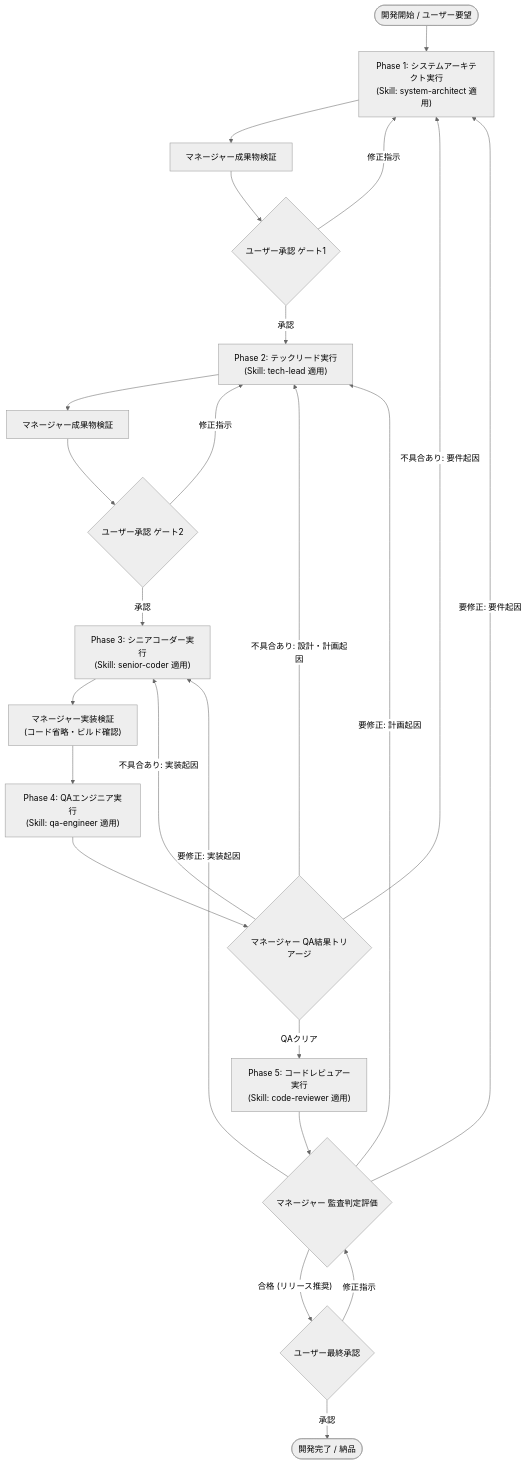
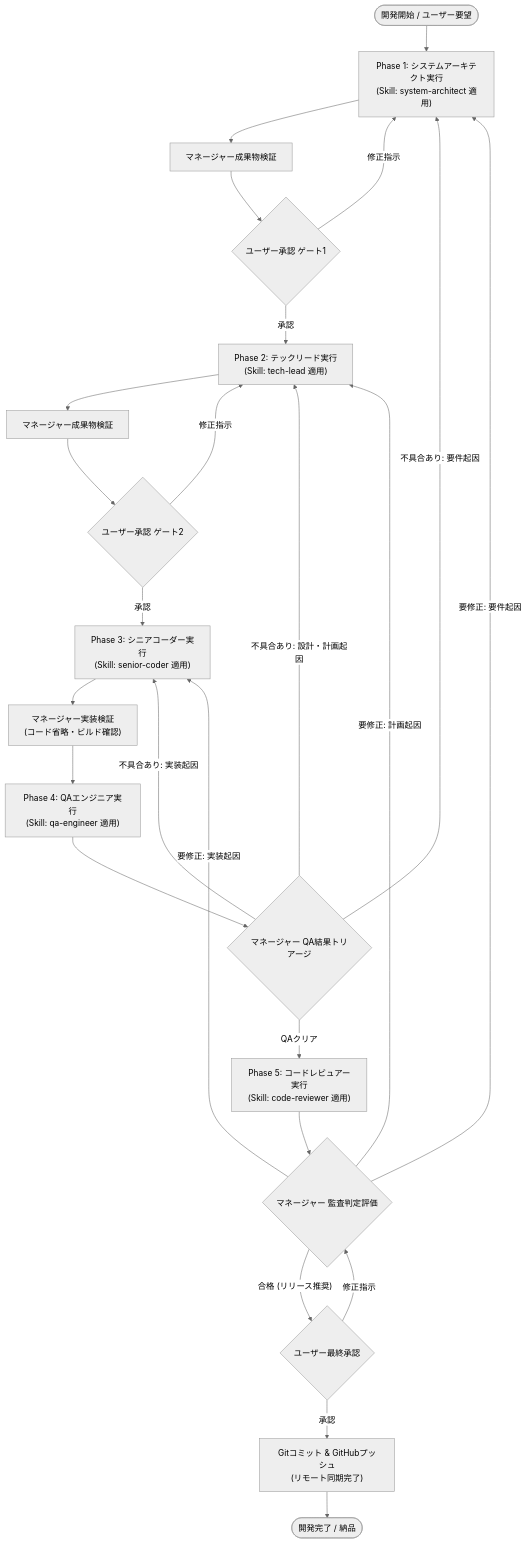
Before and after one commit to nankojin-ops/MusicInfo-app: the diagram in AGENT_WORKFLOW.md, drawn with Mermaid (neutral theme). The commit also changed other lines of this file, not shown here.

````diff
--- a/AGENT_WORKFLOW.md
+++ b/AGENT_WORKFLOW.md
@@ -23,31 +23,32 @@
 ```mermaid
 flowchart TD
     Start([開発開始 / ユーザー要望]) --> Step1["Phase 1: システムアーキテクト実行\n(Skill: system-architect 適用)"]
     Step1 --> MgrCheck1["マネージャー成果物検証"]
     MgrCheck1 --> Gate1{"ユーザー承認 ゲート1"}
     Gate1 -- "修正指示" --> Step1
     Gate1 -- "承認" --> Step2["Phase 2: テックリード実行\n(Skill: tech-lead 適用)"]
 
     Step2 --> MgrCheck2["マネージャー成果物検証"]
     MgrCheck2 --> Gate2{"ユーザー承認 ゲート2"}
     Gate2 -- "修正指示" --> Step2
     Gate2 -- "承認" --> Step3["Phase 3: シニアコーダー実行\n(Skill: senior-coder 適用)"]
 
     Step3 --> MgrCheck3["マネージャー実装検証\n(コード省略・ビルド確認)"]
     MgrCheck3 --> Step4["Phase 4: QAエンジニア実行\n(Skill: qa-engineer 適用)"]
 
     Step4 --> MgrTriageQA{"マネージャー QA結果トリアージ"}
     MgrTriageQA -- "不具合あり: 実装起因" --> Step3
     MgrTriageQA -- "不具合あり: 設計・計画起因" --> Step2
     MgrTriageQA -- "不具合あり: 要件起因" --> Step1
     MgrTriageQA -- "QAクリア" --> Step5["Phase 5: コードレビュアー実行\n(Skill: code-reviewer 適用)"]
 
     Step5 --> MgrTriageAudit{"マネージャー 監査判定評価"}
     MgrTriageAudit -- "要修正: 要件起因" --> Step1
     MgrTriageAudit -- "要修正: 計画起因" --> Step2
     MgrTriageAudit -- "要修正: 実装起因" --> Step3
     MgrTriageAudit -- "合格 (リリース推奨)" --> GateFinal{"ユーザー最終承認"}
 
     GateFinal -- "修正指示" --> MgrTriageAudit
-    GateFinal -- "承認" --> End([開発完了 / 納品])
+    GateFinal -- "承認" --> StepCommit["Gitコミット & GitHubプッシュ\n(リモート同期完了)"]
+    StepCommit --> End([開発完了 / 納品])
 ```
````
